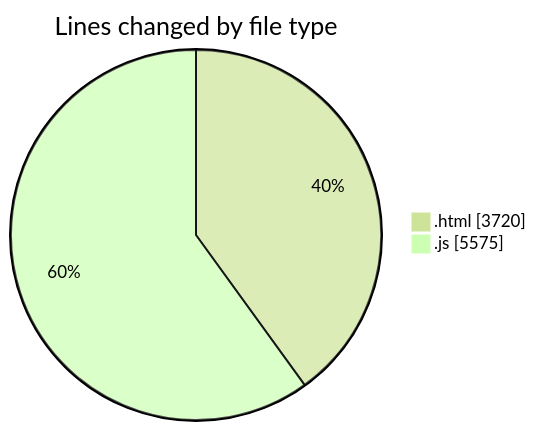
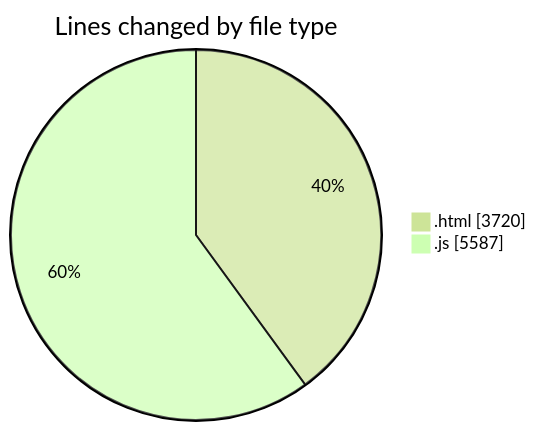
Before and after one commit to becaeroporto-bot/code-tracking: the first of 2 diagrams in 2026-02-19/bot_v1_2/README.md, drawn with Mermaid (forest theme). The commit also changed other lines of this file and 1 other file, not shown here.

````diff
--- a/2026-02-19/bot_v1_2/README.md
+++ b/2026-02-19/bot_v1_2/README.md
@@ -28,6 +28,6 @@
 ```mermaid
 pie showData
 title Lines changed by file type
 ".html" : 3720
-".js" : 5575
+".js" : 5587
 ```
````
